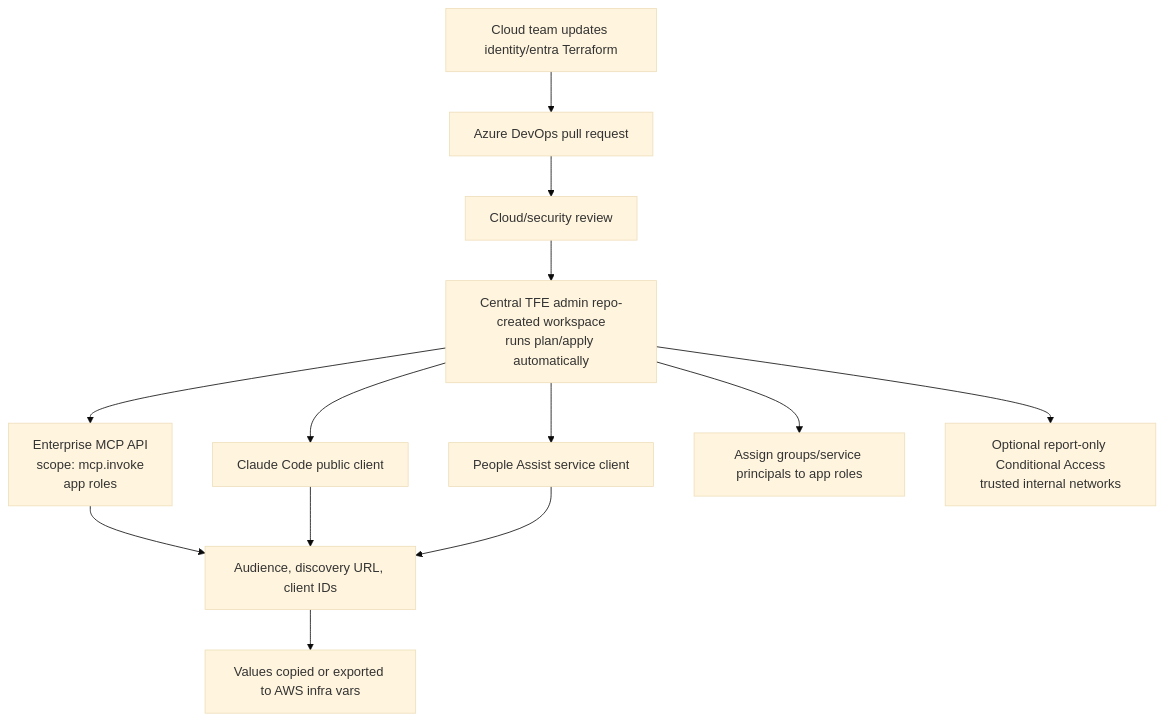
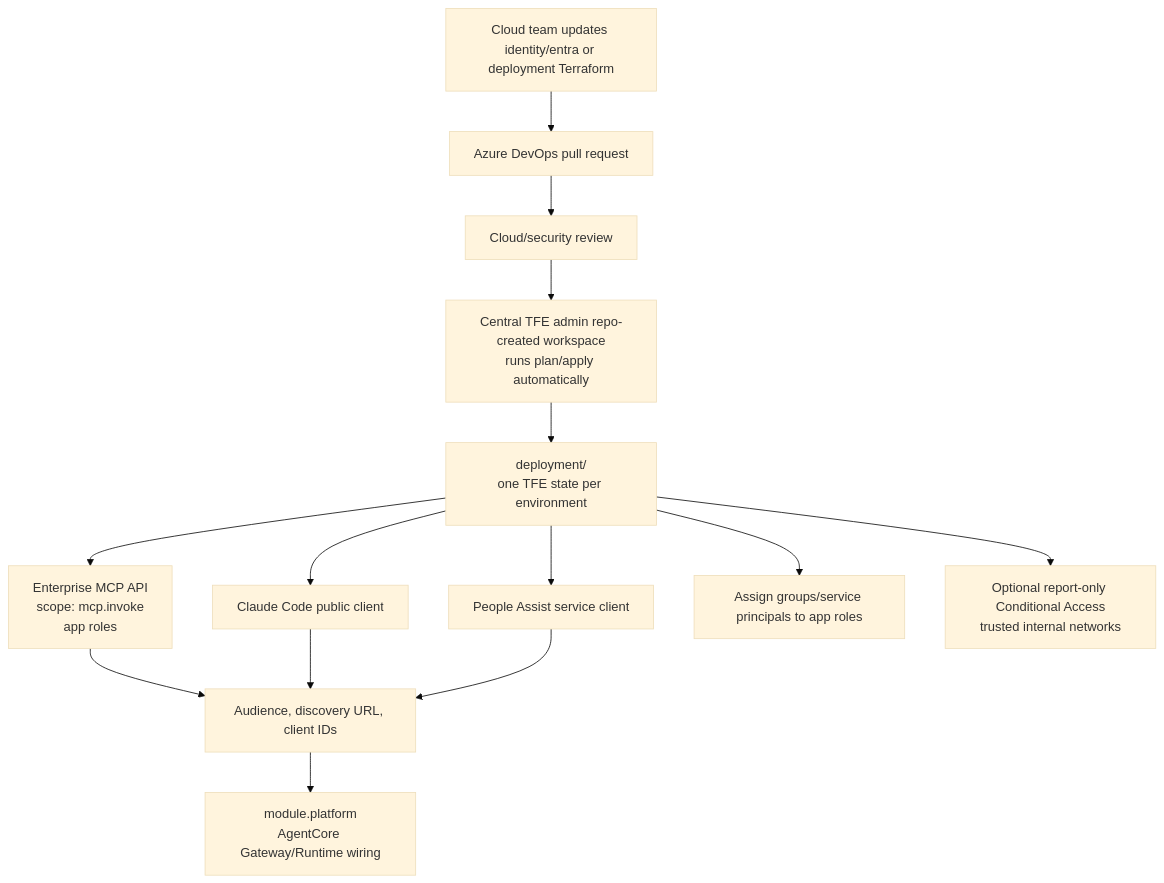
One commit to ron8520/mcp_poc changed the third of 7 diagrams in docs/architecture/devops-workflows.md. Above: the diagram before and after it, drawn with Mermaid (base theme). The commit also changed other lines of this file and 95 other files, not shown here.

````diff
--- a/docs/architecture/devops-workflows.md
+++ b/docs/architecture/devops-workflows.md
@@ -66,15 +67,16 @@
 ```mermaid
 flowchart TD
-    Cloud["Cloud team updates identity/entra Terraform"] --> PR["Azure DevOps pull request"]
+    Cloud["Cloud team updates identity/entra or deployment Terraform"] --> PR["Azure DevOps pull request"]
     PR --> Review["Cloud/security review"]
     Review --> TFEAdmin["Central TFE admin repo-created workspace\nruns plan/apply automatically"]
-    TFEAdmin --> ApiApp["Enterprise MCP API\nscope: mcp.invoke\napp roles"]
-    TFEAdmin --> ClaudeClient["Claude Code public client"]
-    TFEAdmin --> PeopleClient["People Assist service client"]
-    TFEAdmin --> AppRoles["Assign groups/service principals to app roles"]
-    TFEAdmin --> CA["Optional report-only Conditional Access\ntrusted internal networks"]
+    TFEAdmin --> Deployment["deployment/\none TFE state per environment"]
+    Deployment --> ApiApp["Enterprise MCP API\nscope: mcp.invoke\napp roles"]
+    Deployment --> ClaudeClient["Claude Code public client"]
+    Deployment --> PeopleClient["People Assist service client"]
+    Deployment --> AppRoles["Assign groups/service principals to app roles"]
+    Deployment --> CA["Optional report-only Conditional Access\ntrusted internal networks"]
     ApiApp --> Outputs["Audience, discovery URL, client IDs"]
     ClaudeClient --> Outputs
     PeopleClient --> Outputs
-    Outputs --> AwsVars["Values copied or exported to AWS infra vars"]
+    Outputs --> Platform["module.platform\nAgentCore Gateway/Runtime wiring"]
 ```
````
